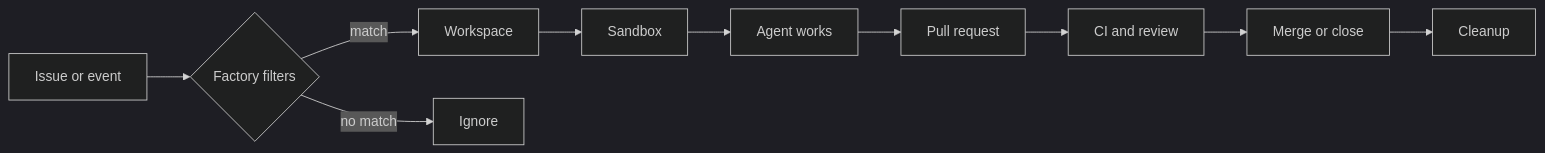
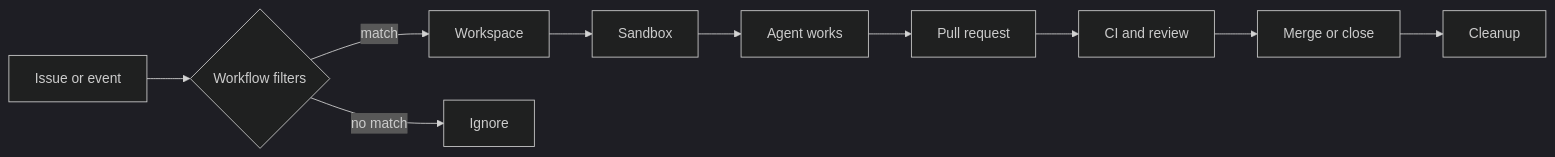
The diagram in README.md (elasticclaw/elasticclaw), drawn with Mermaid (dark theme) before and after one commit. The commit also changed other lines of this file and 55 other files, not shown here.

Commit message:
feat: add guided workflow setup flow

````diff
--- a/README.md
+++ b/README.md
@@ -39,12 +39,12 @@
 ```mermaid
 flowchart LR
-    A[Issue or event] --> B{Factory filters}
+    A[Issue or event] --> B{Workflow filters}
     B -->|match| C[Workspace]
     C --> D[Sandbox]
     D --> E[Agent works]
     E --> F[Pull request]
     F --> G[CI and review]
     G --> H[Merge or close]
     H --> I[Cleanup]
     B -->|no match| J[Ignore]
 ```
````
